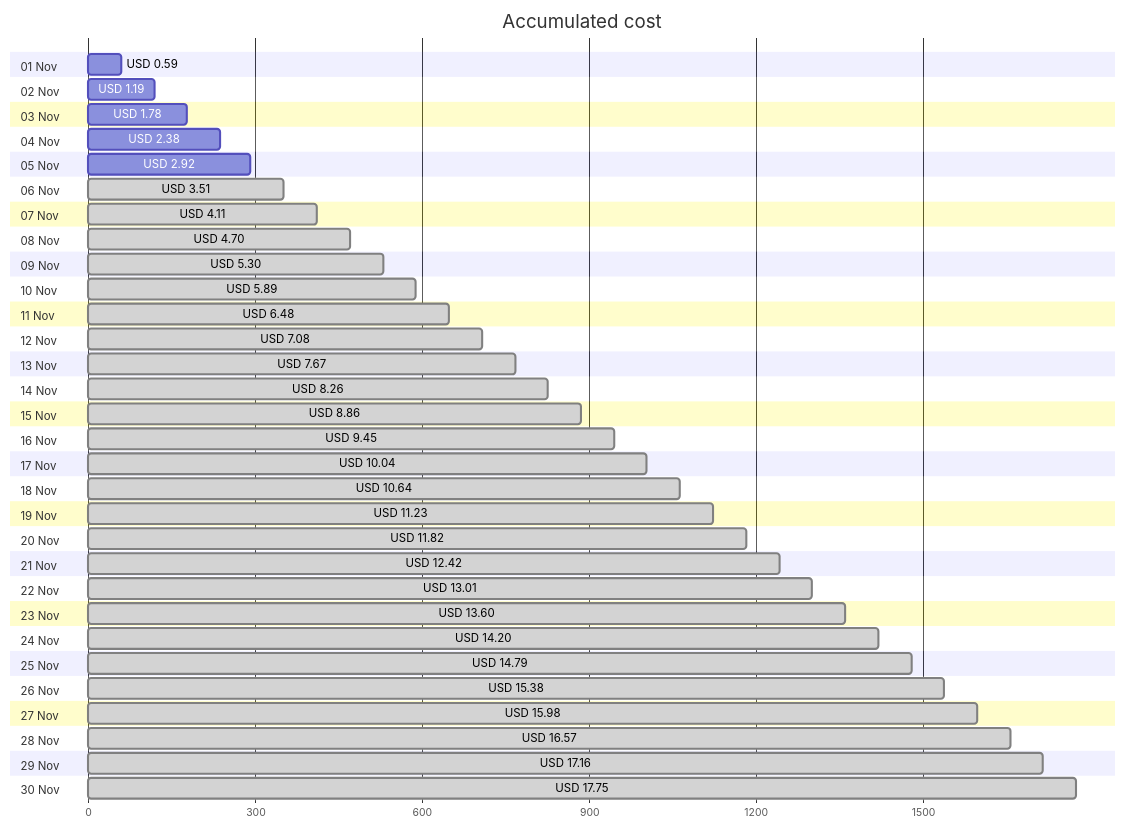
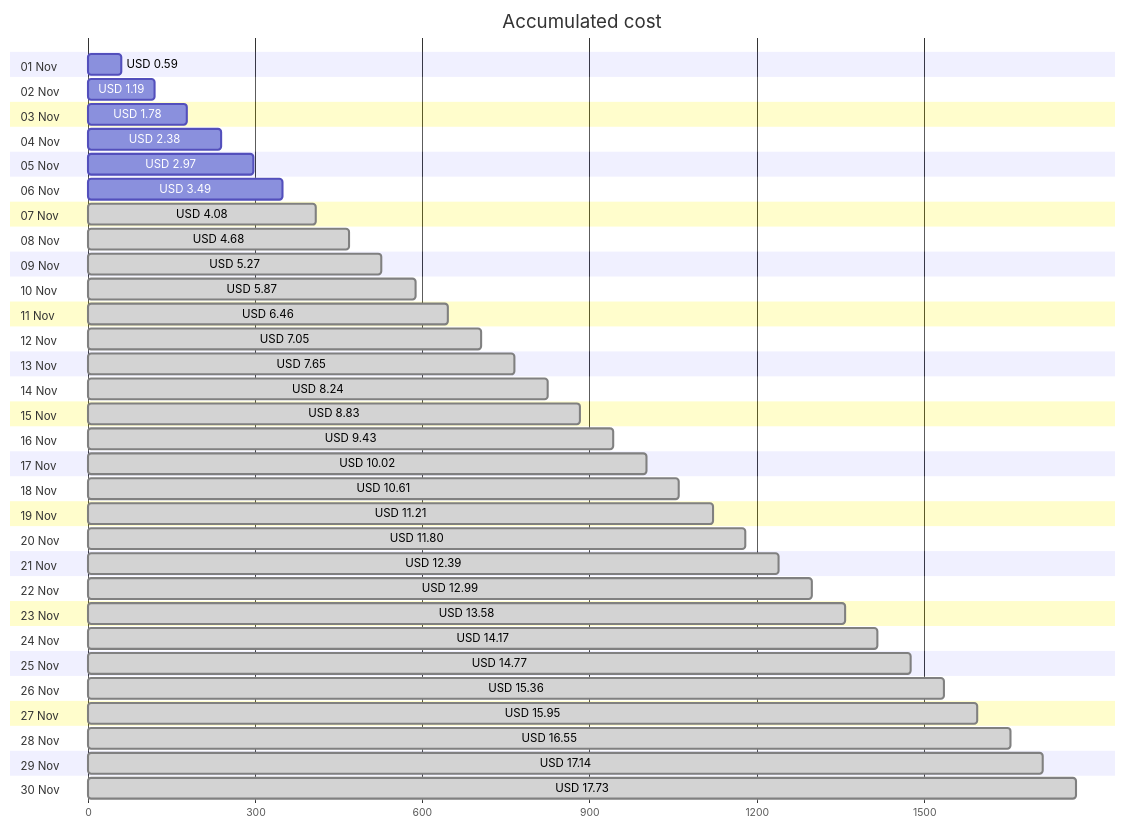
The first of 4 diagrams in cost-reports/personal-site/README.md (jpfulton/azure-personal-reports), drawn with Mermaid before and after one commit. The commit also changed other lines of this file and 6 other files, not shown here.

````diff
--- a/cost-reports/personal-site/README.md
+++ b/cost-reports/personal-site/README.md
@@ -20,66 +20,66 @@
 ```mermaid
 gantt
    title Accumulated cost
    dateFormat  X
    axisFormat %s
    section 01 Nov
    USD 0.59 :0, 59
    section 02 Nov
    USD 1.19 :0, 119
    section 03 Nov
    USD 1.78 :0, 178
    section 04 Nov
    USD 2.38 :0, 238
    section 05 Nov
-   USD 2.92 :0, 292
+   USD 2.97 :0, 297
    section 06 Nov
-   USD 3.51 : done, 0, 351
+   USD 3.49 :0, 349
    section 07 Nov
-   USD 4.11 : done, 0, 411
+   USD 4.08 : done, 0, 408
    section 08 Nov
-   USD 4.70 : done, 0, 470
+   USD 4.68 : done, 0, 468
    section 09 Nov
-   USD 5.30 : done, 0, 530
+   USD 5.27 : done, 0, 527
    section 10 Nov
-   USD 5.89 : done, 0, 589
+   USD 5.87 : done, 0, 587
    section 11 Nov
-   USD 6.48 : done, 0, 648
+   USD 6.46 : done, 0, 646
    section 12 Nov
-   USD 7.08 : done, 0, 708
+   USD 7.05 : done, 0, 705
    section 13 Nov
-   USD 7.67 : done, 0, 767
+   USD 7.65 : done, 0, 765
    section 14 Nov
-   USD 8.26 : done, 0, 826
+   USD 8.24 : done, 0, 824
    section 15 Nov
-   USD 8.86 : done, 0, 886
+   USD 8.83 : done, 0, 883
    section 16 Nov
-   USD 9.45 : done, 0, 945
+   USD 9.43 : done, 0, 943
    section 17 Nov
-   USD 10.04 : done, 0, 1004
+   USD 10.02 : done, 0, 1002
    section 18 Nov
-   USD 10.64 : done, 0, 1064
+   USD 10.61 : done, 0, 1061
    section 19 Nov
-   USD 11.23 : done, 0, 1123
+   USD 11.21 : done, 0, 1121
    section 20 Nov
-   USD 11.82 : done, 0, 1182
+   USD 11.80 : done, 0, 1180
    section 21 Nov
-   USD 12.42 : done, 0, 1242
+   USD 12.39 : done, 0, 1239
    section 22 Nov
-   USD 13.01 : done, 0, 1301
+   USD 12.99 : done, 0, 1299
    section 23 Nov
-   USD 13.60 : done, 0, 1360
+   USD 13.58 : done, 0, 1358
    section 24 Nov
-   USD 14.20 : done, 0, 1420
+   USD 14.17 : done, 0, 1417
    section 25 Nov
-   USD 14.79 : done, 0, 1479
+   USD 14.77 : done, 0, 1477
    section 26 Nov
-   USD 15.38 : done, 0, 1538
+   USD 15.36 : done, 0, 1536
    section 27 Nov
-   USD 15.98 : done, 0, 1598
+   USD 15.95 : done, 0, 1595
    section 28 Nov
-   USD 16.57 : done, 0, 1657
+   USD 16.55 : done, 0, 1655
    section 29 Nov
-   USD 17.16 : done, 0, 1716
+   USD 17.14 : done, 0, 1714
    section 30 Nov
-   USD 17.75 : done, 0, 1775
+   USD 17.73 : done, 0, 1773
 ```
````
